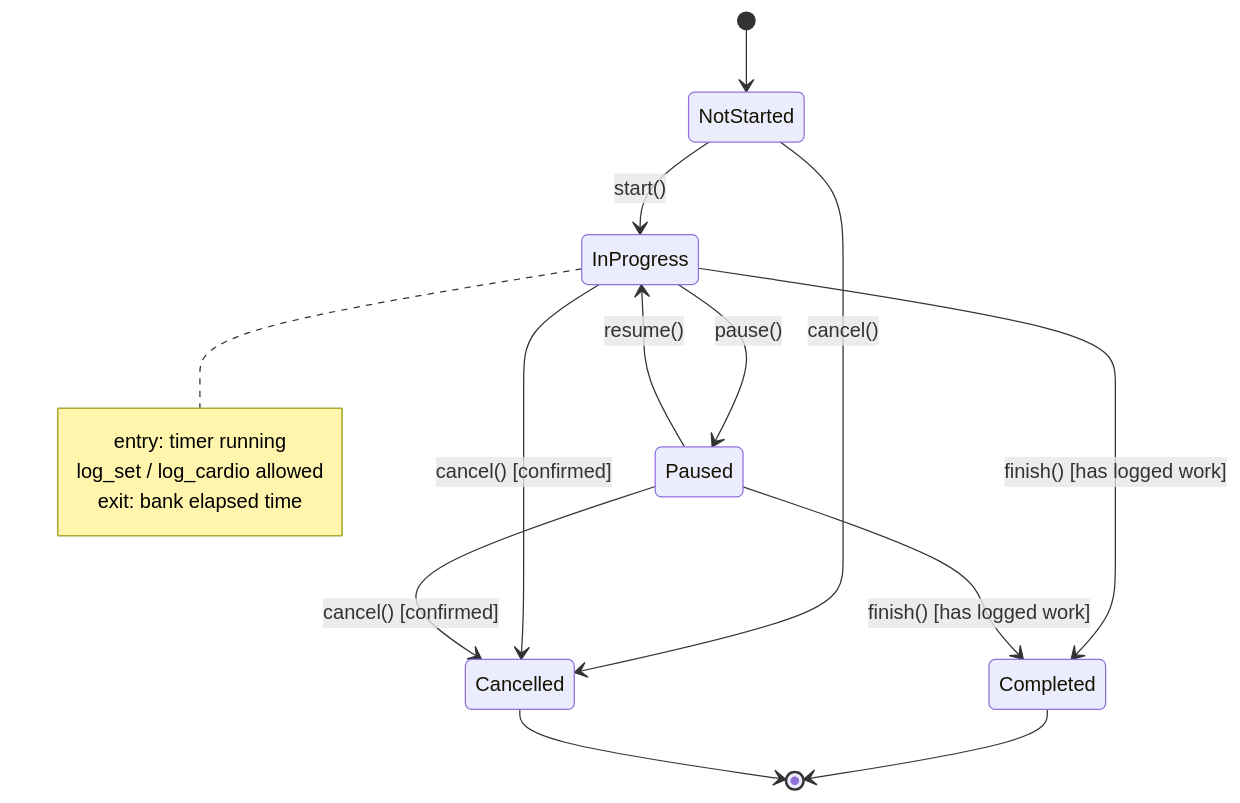
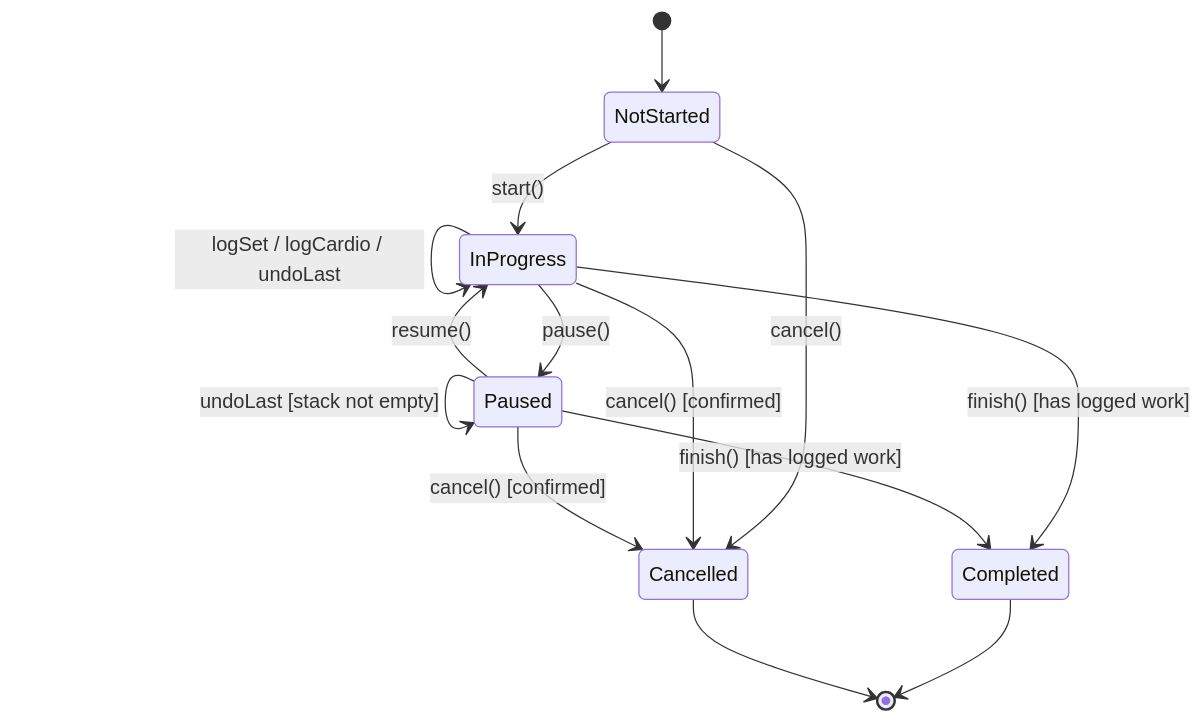
Before and after one commit to Lovnes/fitness-app: the fourth of 4 diagrams in docs/02_UML.md, drawn with Mermaid. The commit also changed other lines of this file and 102 other files, not shown here.

````diff
--- a/docs/02_UML.md
+++ b/docs/02_UML.md
@@ -165,19 +193,16 @@
 ```mermaid
 stateDiagram-v2
   [*] --> NotStarted
   NotStarted --> InProgress : start()
   NotStarted --> Cancelled : cancel()
   InProgress --> Paused : pause()
   Paused --> InProgress : resume()
+  InProgress --> InProgress : logSet / logCardio / undoLast
+  Paused --> Paused : undoLast [stack not empty]
   InProgress --> Completed : finish() [has logged work]
   Paused --> Completed : finish() [has logged work]
   InProgress --> Cancelled : cancel() [confirmed]
   Paused --> Cancelled : cancel() [confirmed]
   Completed --> [*]
   Cancelled --> [*]
-  note right of InProgress
-    entry: timer running
-    log_set / log_cardio allowed
-    exit: bank elapsed time
-  end note
 ```
````
